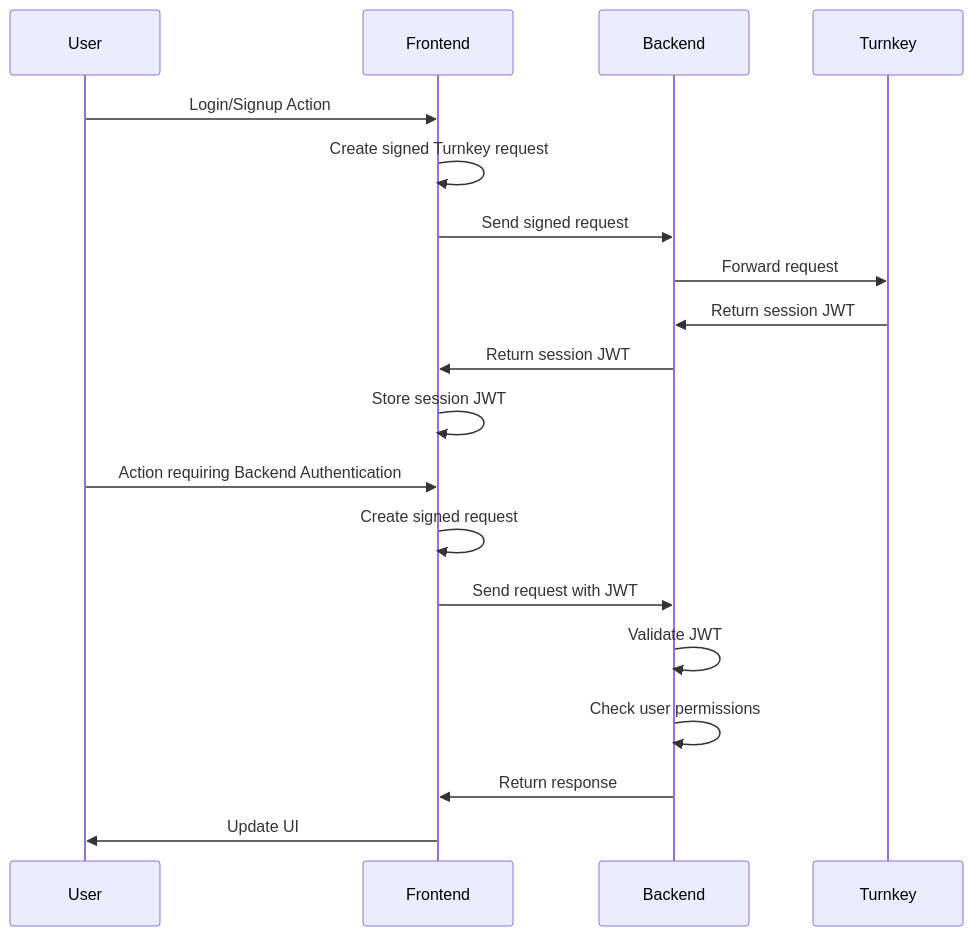
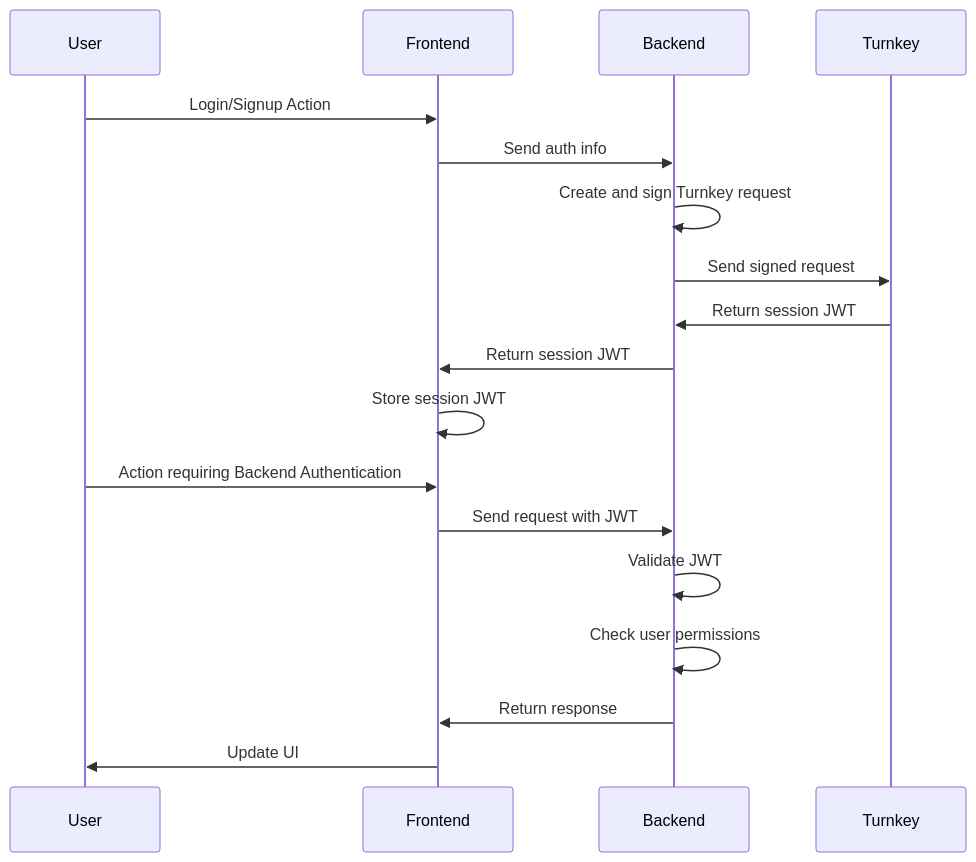
The first of 4 diagrams in authentication/backend-setup.mdx (tkhq/docs), drawn with Mermaid before and after one commit. The commit also changed other lines of this file, not shown here.

````diff
--- a/authentication/backend-setup.mdx
+++ b/authentication/backend-setup.mdx
@@ -23,25 +23,24 @@
 ```mermaid
 sequenceDiagram
     participant User
     participant Frontend
     participant Backend
     participant Turnkey
 
     %% Login/Signup Flow
     User->>Frontend: Login/Signup Action
-    Frontend->>Frontend: Create signed Turnkey request
-    Frontend->>Backend: Send signed request
-    Backend->>Turnkey: Forward request
+    Frontend->>Backend: Send auth info
+    Backend->>Backend: Create and sign Turnkey request
+    Backend->>Turnkey: Send signed request
     Turnkey->>Backend: Return session JWT
     Backend->>Frontend: Return session JWT
     Frontend->>Frontend: Store session JWT
 
     %% Subsequent Request Flow
     User->>Frontend: Action requiring Backend Authentication
-    Frontend->>Frontend: Create signed request
     Frontend->>Backend: Send request with JWT
     Backend->>Backend: Validate JWT
     Backend->>Backend: Check user permissions
     Backend->>Frontend: Return response
     Frontend->>User: Update UI
 ```
````
